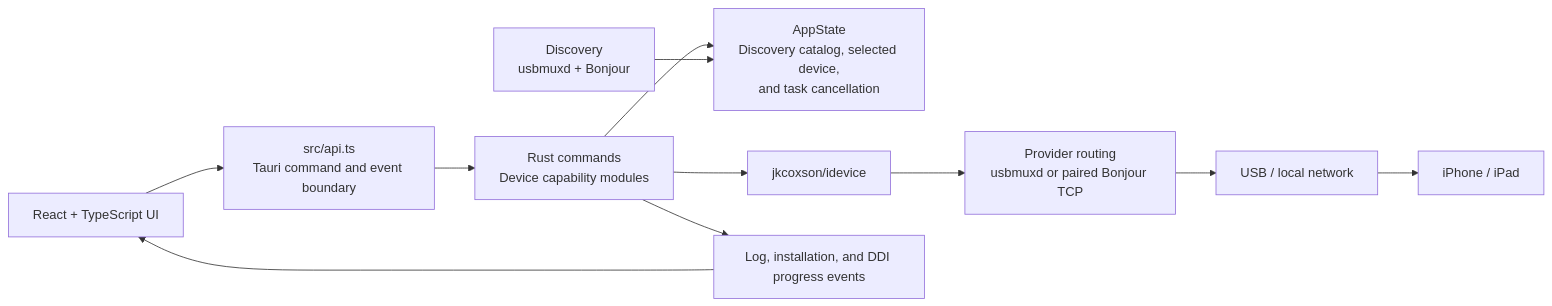
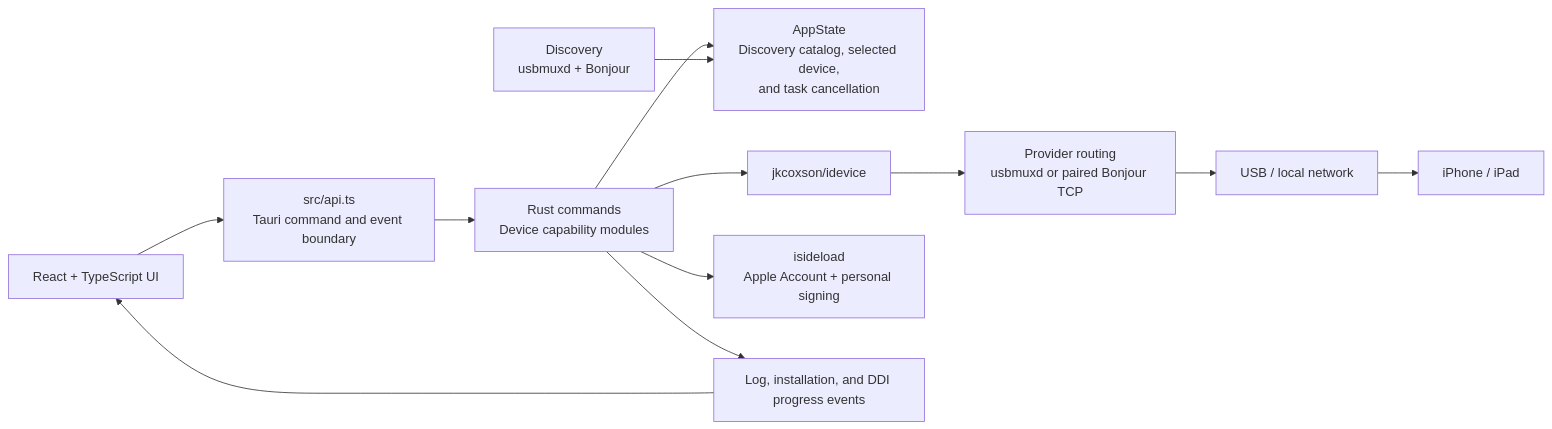
One commit to ValorBao/idevice_desktop changed the diagram in docs/PROJECT.md. Above: the diagram before and after it, drawn with Mermaid. The commit also changed other lines of this file and 40 other files, not shown here.

Commit message:
feat: add personal signing and harden device task lifecycles

````diff
--- a/docs/PROJECT.md
+++ b/docs/PROJECT.md
@@ -88,13 +105,14 @@
 ```mermaid
 flowchart LR
     UI["React + TypeScript UI"] --> API["src/api.ts\nTauri command and event boundary"]
     API --> CMD["Rust commands\nDevice capability modules"]
     CMD --> STATE["AppState\nDiscovery catalog, selected device,\nand task cancellation"]
     DISC["Discovery\nusbmuxd + Bonjour"] --> STATE
     CMD --> LIB["jkcoxson/idevice"]
+    CMD --> SIGN["isideload\nApple Account + personal signing"]
     LIB --> ROUTE["Provider routing\nusbmuxd or paired Bonjour TCP"]
     ROUTE --> MUX["USB / local network"]
     MUX --> IOS["iPhone / iPad"]
     CMD --> EVT["Log, installation, and DDI progress events"]
     EVT --> UI
 ```
````
